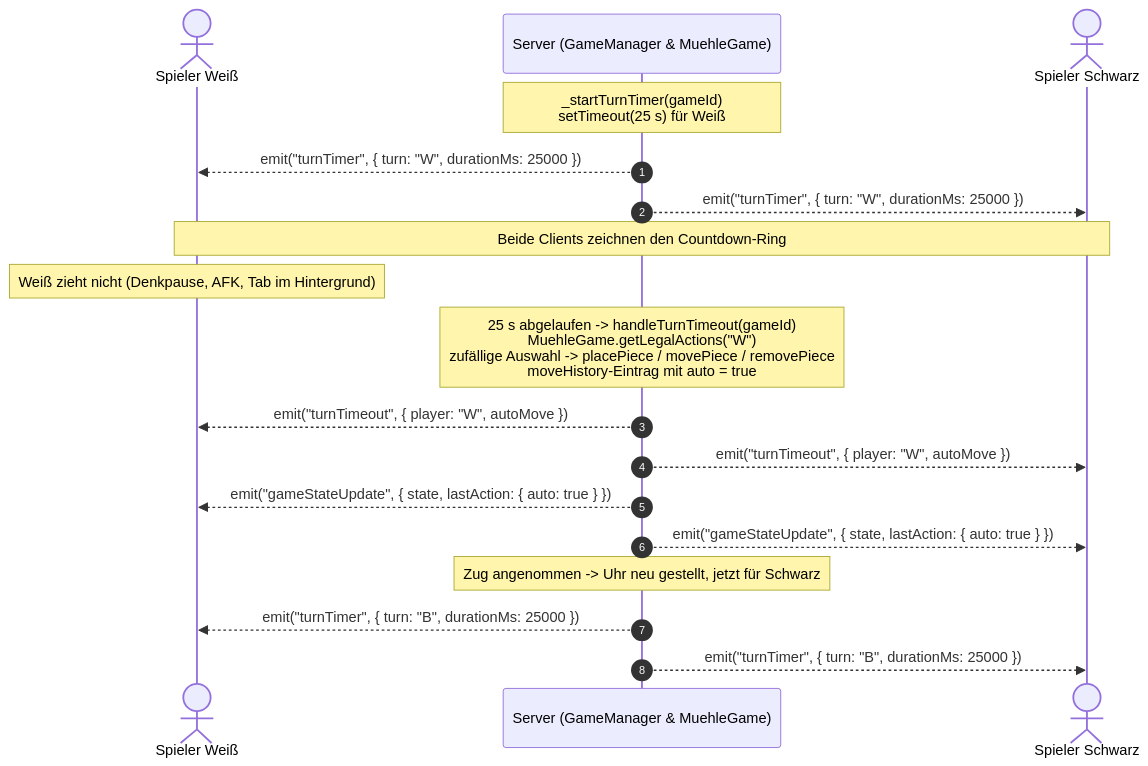
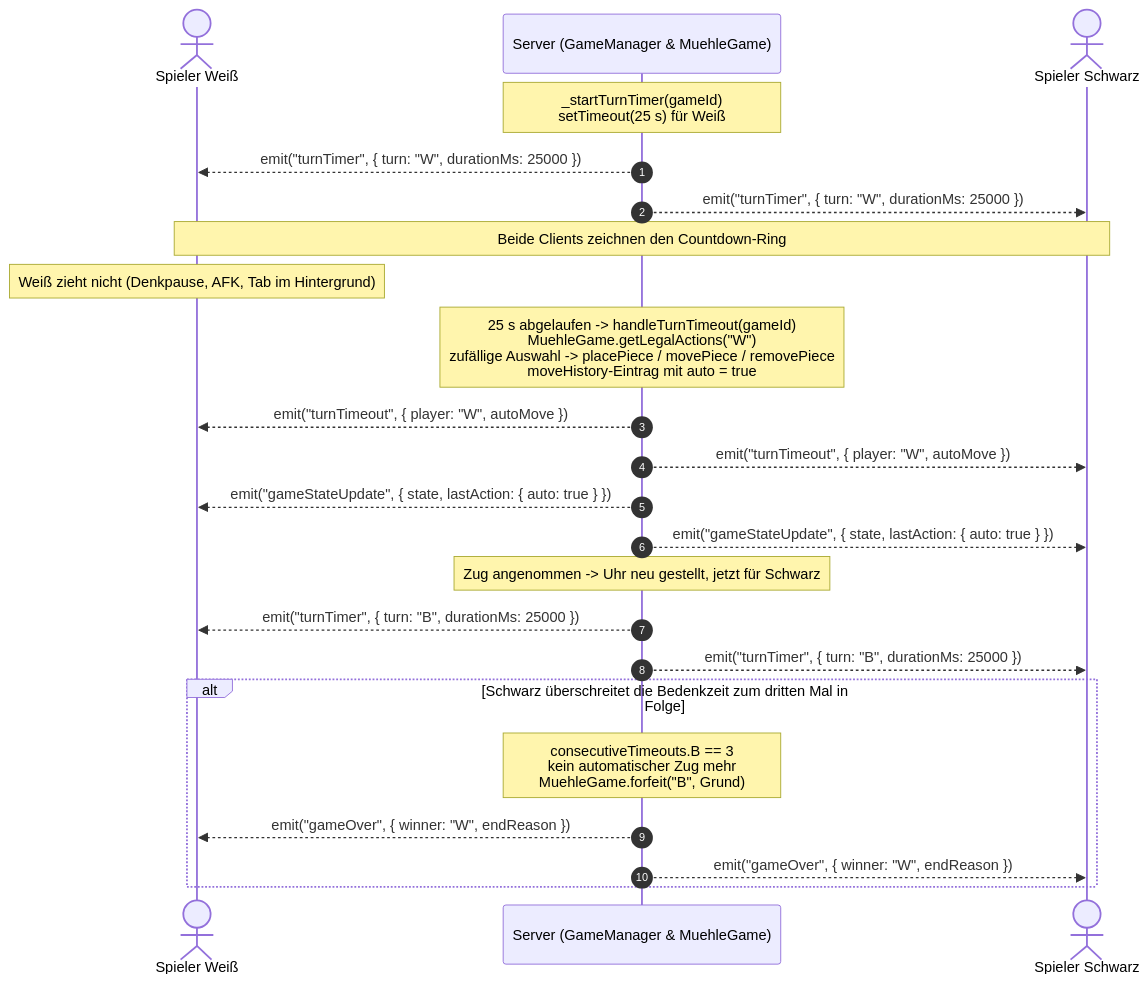
The ninth of 10 diagrams in Systemmodel.md (sventurbo/MuehleJS), drawn with Mermaid before and after one commit. The commit also changed other lines of this file and 1 other file, not shown here.

````diff
--- a/Systemmodel.md
+++ b/Systemmodel.md
@@ -395,24 +405,30 @@
 ```mermaid
 sequenceDiagram
     autonumber
     actor P1 as Spieler Weiß
     participant S as Server (GameManager & MuehleGame)
     actor P2 as Spieler Schwarz
 
     Note over S: _startTurnTimer(gameId)<br/>setTimeout(25 s) für Weiß
     S-->>P1: emit("turnTimer", { turn: "W", durationMs: 25000 })
     S-->>P2: emit("turnTimer", { turn: "W", durationMs: 25000 })
     Note over P1,P2: Beide Clients zeichnen den Countdown-Ring
 
     Note over P1: Weiß zieht nicht (Denkpause, AFK, Tab im Hintergrund)
 
     Note over S: 25 s abgelaufen -> handleTurnTimeout(gameId)<br/>MuehleGame.getLegalActions("W")<br/>zufällige Auswahl -> placePiece / movePiece / removePiece<br/>moveHistory-Eintrag mit auto = true
     S-->>P1: emit("turnTimeout", { player: "W", autoMove })
     S-->>P2: emit("turnTimeout", { player: "W", autoMove })
     S-->>P1: emit("gameStateUpdate", { state, lastAction: { auto: true } })
     S-->>P2: emit("gameStateUpdate", { state, lastAction: { auto: true } })
 
     Note over S: Zug angenommen -> Uhr neu gestellt, jetzt für Schwarz
     S-->>P1: emit("turnTimer", { turn: "B", durationMs: 25000 })
     S-->>P2: emit("turnTimer", { turn: "B", durationMs: 25000 })
+
+    alt Schwarz überschreitet die Bedenkzeit zum dritten Mal in Folge
+        Note over S: consecutiveTimeouts.B == 3<br/>kein automatischer Zug mehr<br/>MuehleGame.forfeit("B", Grund)
+        S-->>P1: emit("gameOver", { winner: "W", endReason })
+        S-->>P2: emit("gameOver", { winner: "W", endReason })
+    end
 ```
````
